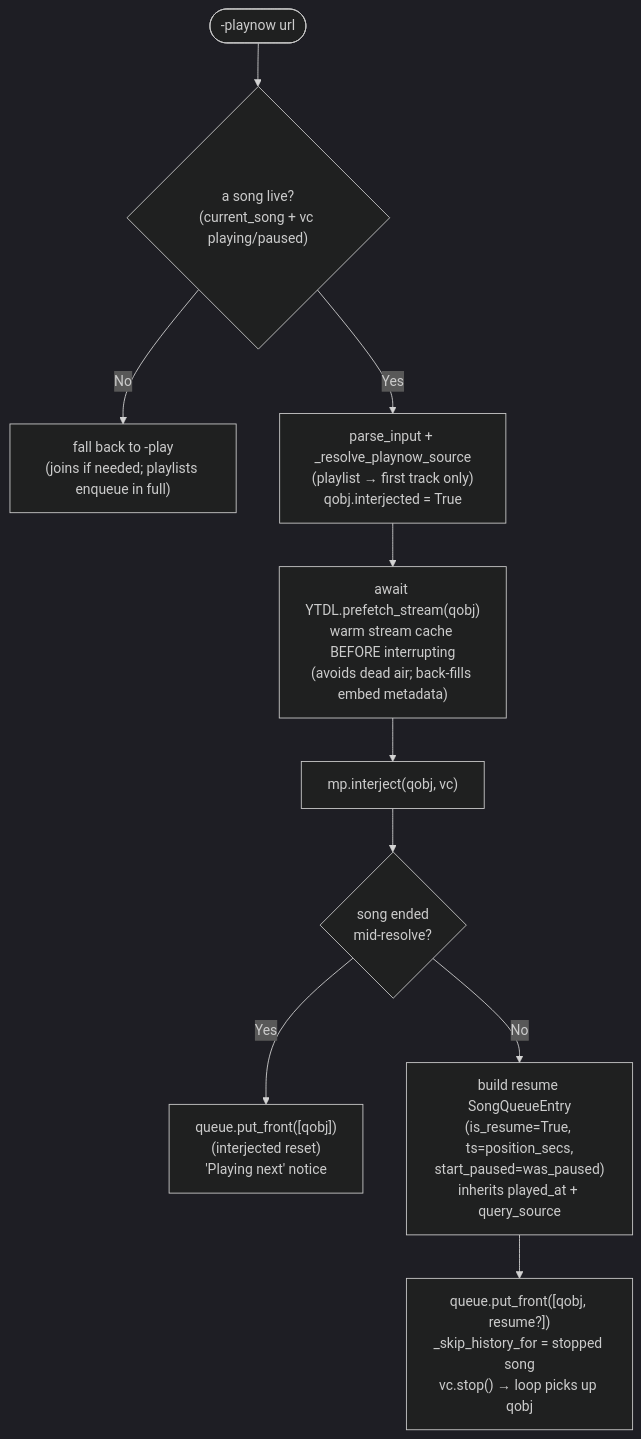
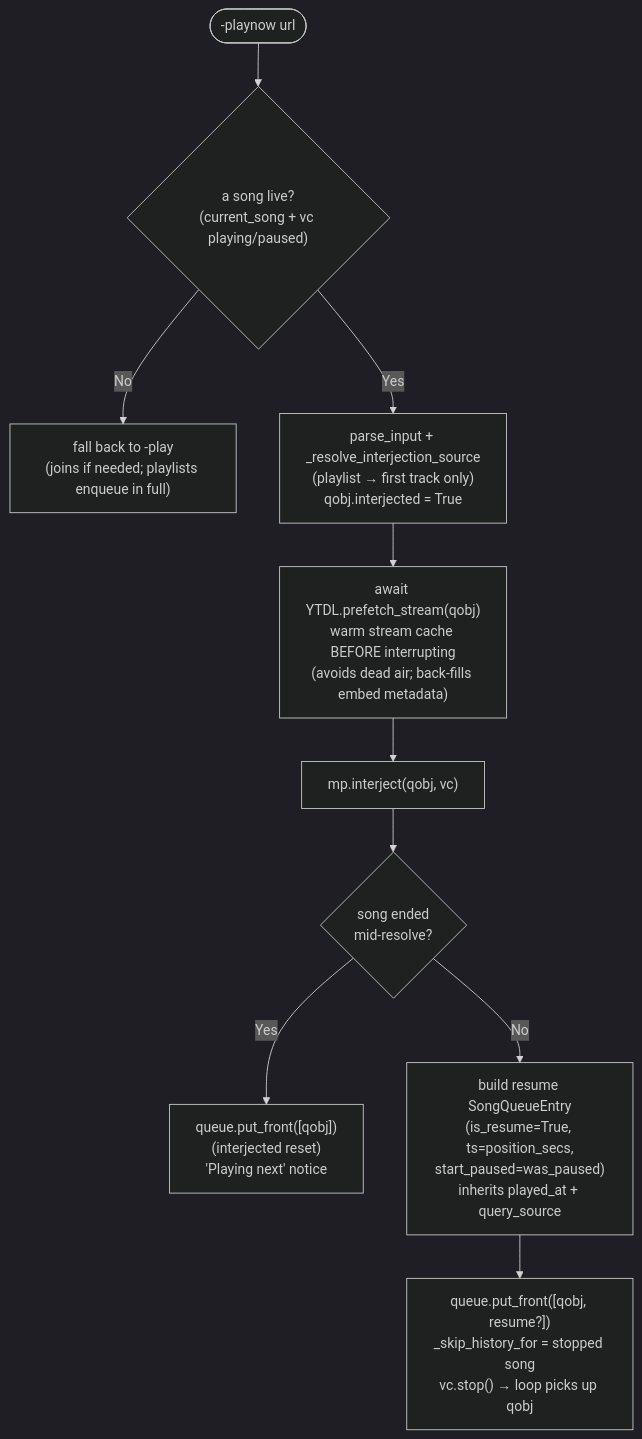
Before and after one commit to kawadeomkar/discord-music-bot: the seventh of 15 diagrams in docs/ARCHITECTURE.md, drawn with Mermaid (dark theme). The commit also changed 2 other files, not shown here.

Commit message:
Name the interjection resolver for what it does
_resolve_playnow_source is named for one of its two callers. -play on a
paused song routes through _interject_flow just as -playnow does, and both
land here -- so the name has been describing the caller rather than the
work for as long as that branch has existed. _resolve_interjection_source,
and a docstring that says so.

The name is about to stop matching anything at all: -playnow is going away.
Doing the rename on its own keeps that diff to the merge itself.

ARCHITECTURE.md's flow diagram names the symbol too, so it moves in this
commit rather than in the docs pass -- a doc naming a method that no longer
exists is stale the moment this lands, not later.

Claude-Session: https://claude.ai/code/session_01JingX8cv3mX4xqFdiUHoEf

````diff
--- a/docs/ARCHITECTURE.md
+++ b/docs/ARCHITECTURE.md
@@ -466,20 +466,20 @@
 ```mermaid
 flowchart TD
     Start(["-playnow url"])
     Live{"a song live?\n(current_song + vc playing/paused)"}
     Fallback["fall back to -play\n(joins if needed; playlists enqueue in full)"]
-    Resolve["parse_input + _resolve_playnow_source\n(playlist → first track only)\nqobj.interjected = True"]
+    Resolve["parse_input + _resolve_interjection_source\n(playlist → first track only)\nqobj.interjected = True"]
     Warm["await YTDL.prefetch_stream(qobj)\nwarm stream cache BEFORE interrupting\n(avoids dead air; back-fills embed metadata)"]
     Interject["mp.interject(qobj, vc)"]
     Ended{"song ended\nmid-resolve?"}
     FrontOnly["queue.put_front([qobj])\n(interjected reset)\n'Playing next' notice"]
     Resume["build resume SongQueueEntry\n(is_resume=True, ts=position_secs,\nstart_paused=was_paused)\ninherits played_at + query_source"]
     PutFront["queue.put_front([qobj, resume?])\n_skip_history_for = stopped song\nvc.stop() → loop picks up qobj"]
 
     Start --> Live
     Live -->|No| Fallback
     Live -->|Yes| Resolve --> Warm --> Interject
     Interject --> Ended
     Ended -->|Yes| FrontOnly
     Ended -->|No| Resume --> PutFront
 ```
````
